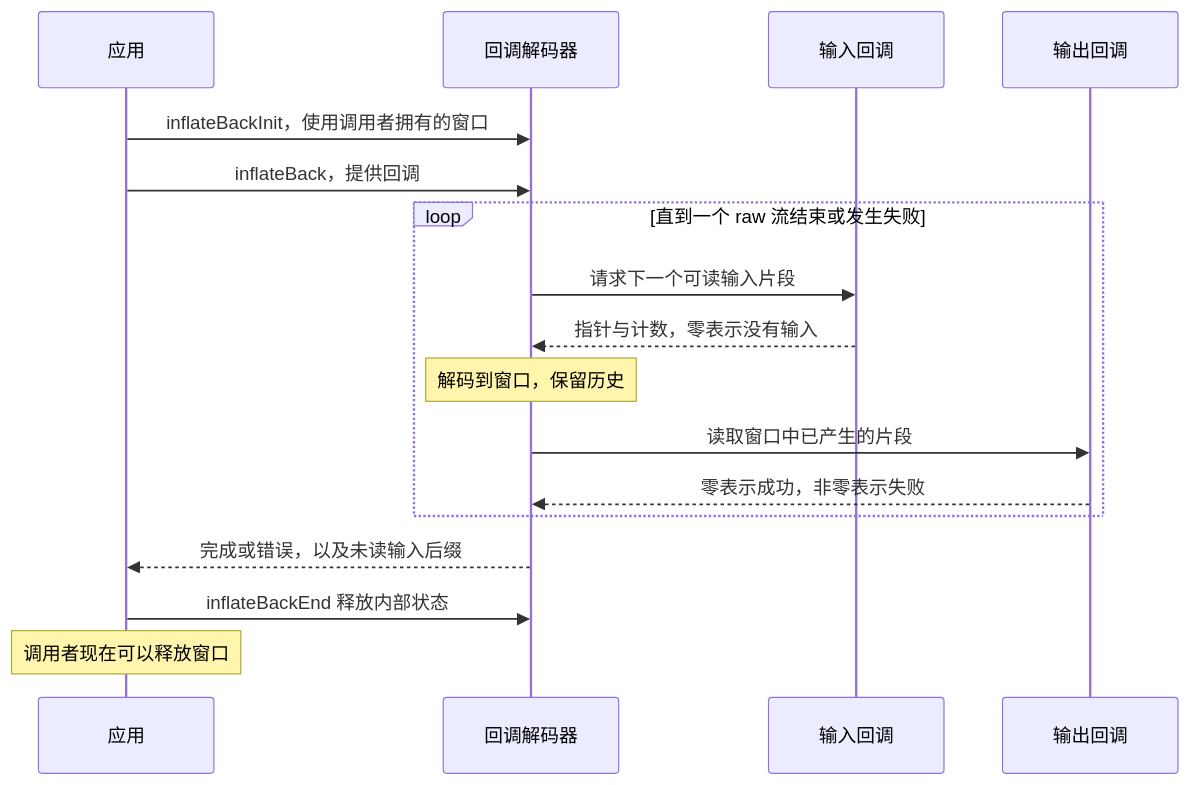
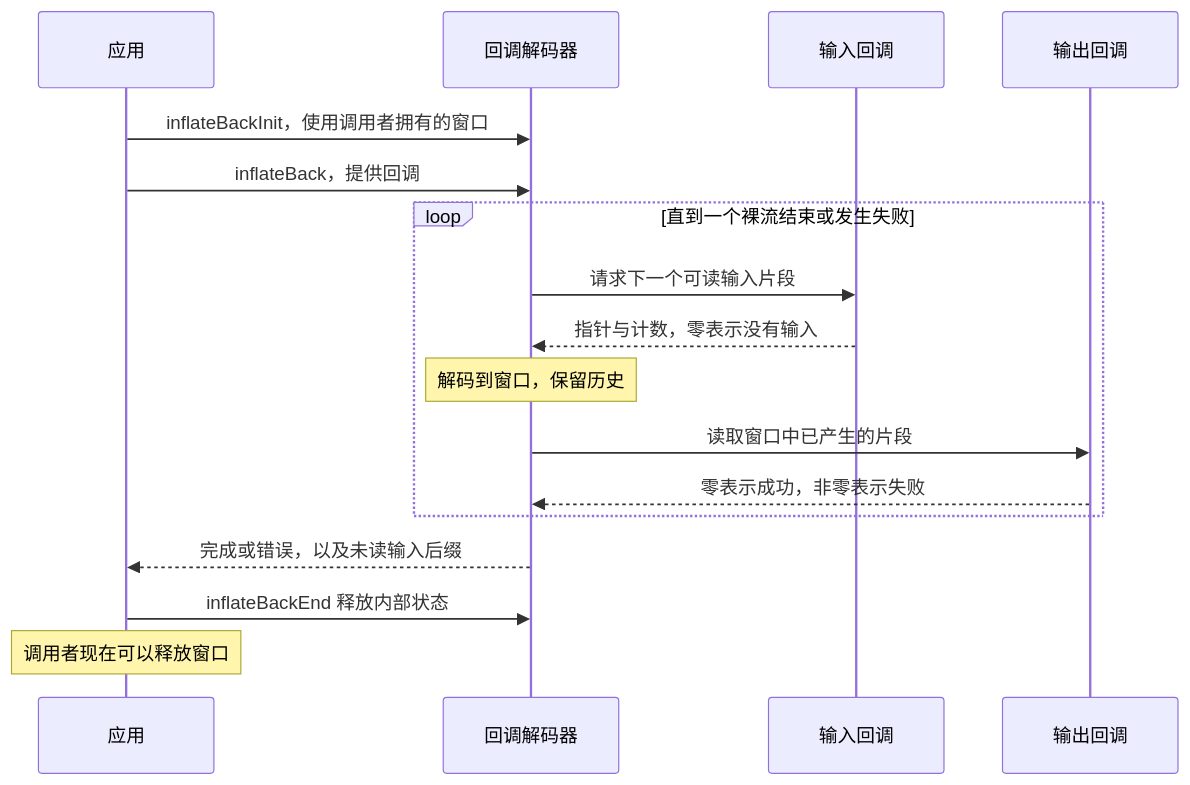
The second of 4 diagrams in docs/guide/interfaces.zh.md (cla7aye15I4nd/oss-proof), drawn with Mermaid before and after one commit. The commit also changed other lines of this file and 1 other file, not shown here.

````diff
--- a/docs/guide/interfaces.zh.md
+++ b/docs/guide/interfaces.zh.md
@@ -65,19 +76,19 @@
 ```mermaid
 sequenceDiagram
     participant A as 应用
     participant B as 回调解码器
     participant I as 输入回调
     participant O as 输出回调
     A->>B: inflateBackInit，使用调用者拥有的窗口
     A->>B: inflateBack，提供回调
-    loop 直到一个 raw 流结束或发生失败
+    loop 直到一个裸流结束或发生失败
         B->>I: 请求下一个可读输入片段
         I-->>B: 指针与计数，零表示没有输入
         Note over B: 解码到窗口，保留历史
         B->>O: 读取窗口中已产生的片段
         O-->>B: 零表示成功，非零表示失败
     end
     B-->>A: 完成或错误，以及未读输入后缀
     A->>B: inflateBackEnd 释放内部状态
     Note over A: 调用者现在可以释放窗口
 ```
````
